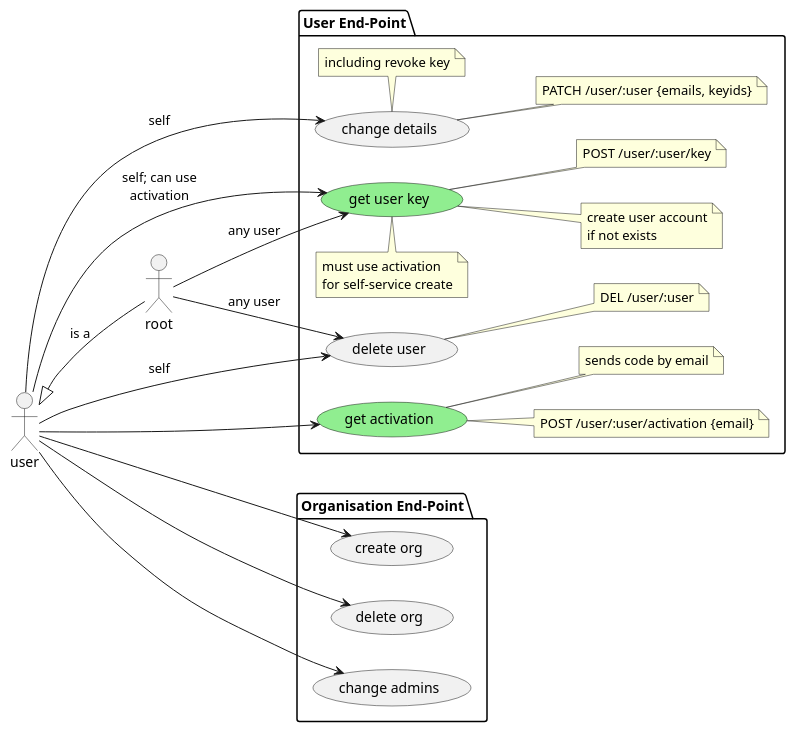
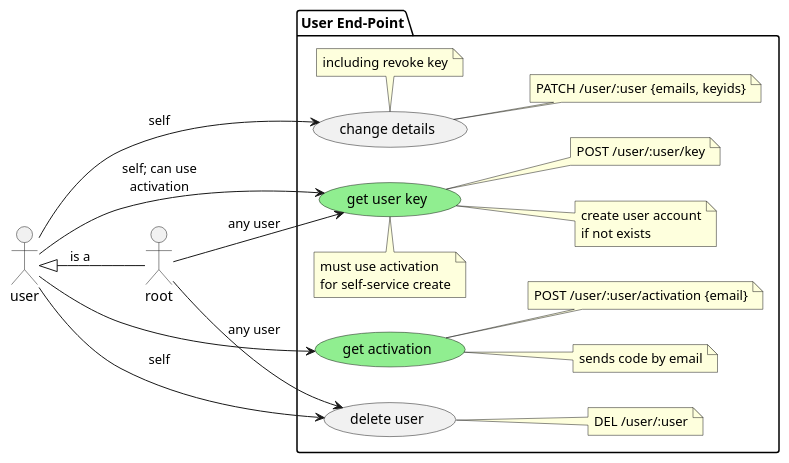
Before and after one commit to m-ld/m-ld-gateway: the diagram in architecture/api/admin/admin.use-case.puml, drawn with PlantUML. The commit also changed 25 other files, not shown here.

```diff
--- a/architecture/api/admin/admin.use-case.puml
+++ b/architecture/api/admin/admin.use-case.puml
@@ -1,34 +1,28 @@
 @startuml
 'https://plantuml.com/use-case-diagram
 left to right direction
 
 :user:
 :root:
 user <|-- root : is a
 
 package "User End-Point" {
   user --> (change details) : self
   note right: PATCH /user/:user {emails, keyids}
   note bottom of "change details": including revoke key
   (get activation) #lightgreen
   user --> (get activation)
   note right of "get activation": sends code by email
   note right of "get activation": POST /user/:user/activation {email}
   (get user key) #lightgreen
   user --> (get user key) : self; can use\nactivation
   note top of "get user key": must use activation\nfor self-service create
   note right of "get user key": create user account\nif not exists
   note right of "get user key": POST /user/:user/key
   root --> (get user key) : any user
   user --> (delete user) : self
   root --> (delete user) : any user
   note right: DEL /user/:user
 }
 
-package "Organisation End-Point" {
-  user ---> (create org)
-  user --> (delete org)
-  user --> (change admins)
-}
-
 @enduml
```
